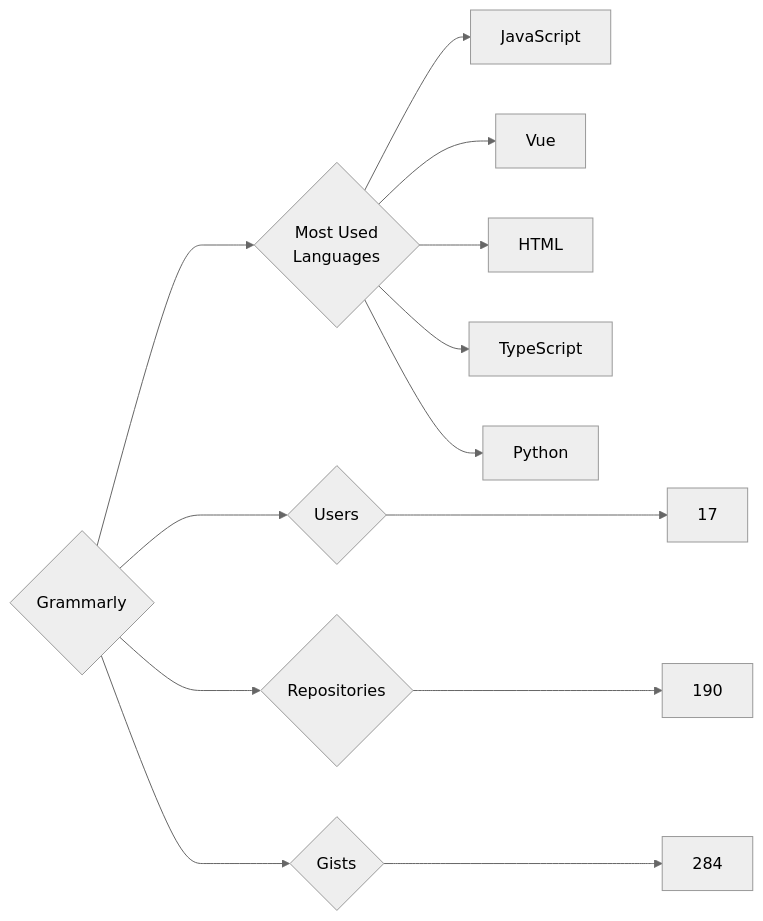
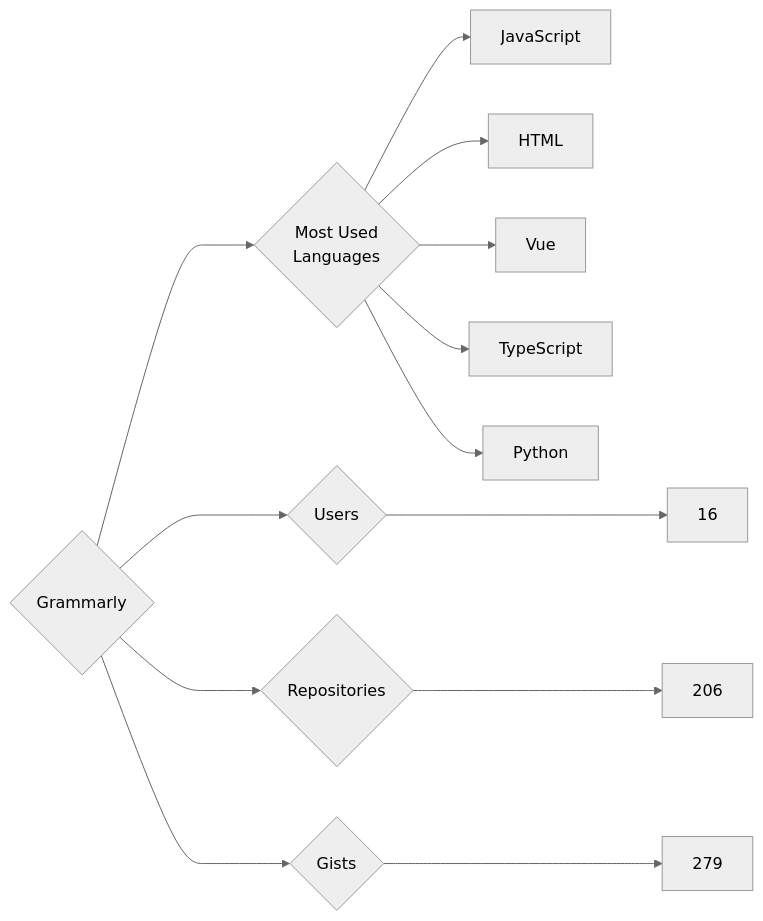
Before and after one commit to trickest/insiders: the diagram in targets/Grammarly/README.md, drawn with Mermaid (neutral theme). The commit also changed 1195 other files, not shown here.

````diff
--- a/targets/Grammarly/README.md
+++ b/targets/Grammarly/README.md
@@ -3,13 +3,13 @@
 ```mermaid
 graph LR
 COMPANY_NAME{Grammarly}
-COMPANY_NAME ---> U{Users} ---> UN[17]
-COMPANY_NAME ---> R{Repositories} ---> RN[190]
-COMPANY_NAME ---> G{Gists} ---> GN[284]
+COMPANY_NAME ---> U{Users} ---> UN[16]
+COMPANY_NAME ---> R{Repositories} ---> RN[206]
+COMPANY_NAME ---> G{Gists} ---> GN[279]
 COMPANY_NAME ---> ML{Most Used<br>Languages}
 ML --> JavaScript[JavaScript]
+ML --> HTML[HTML]
 ML --> Vue[Vue]
-ML --> HTML[HTML]
 ML --> TypeScript[TypeScript]
 ML --> Python[Python]
 ```
````
